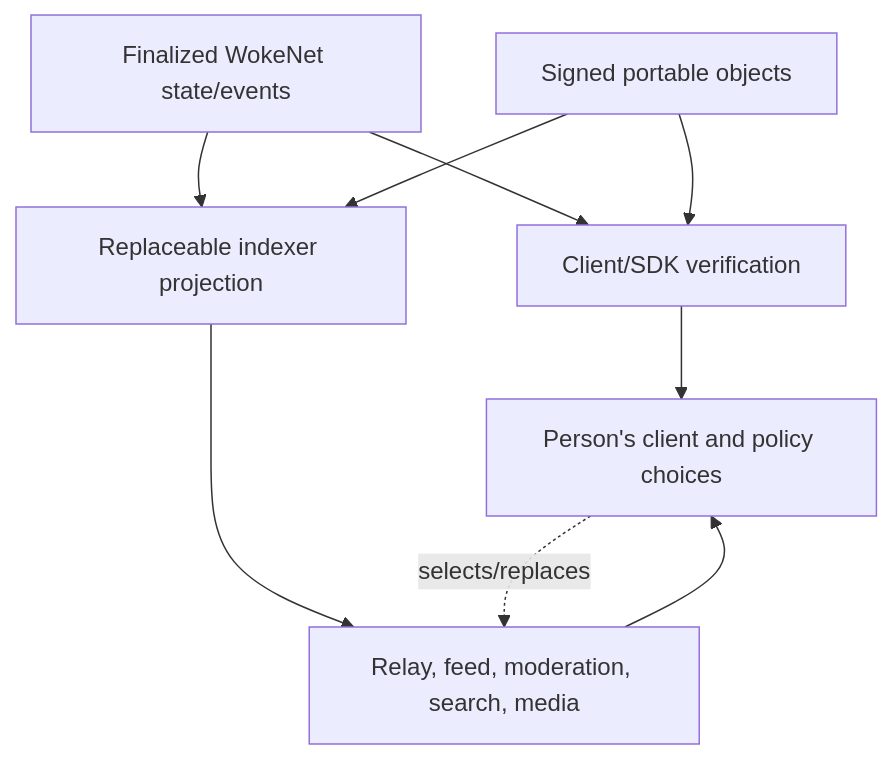
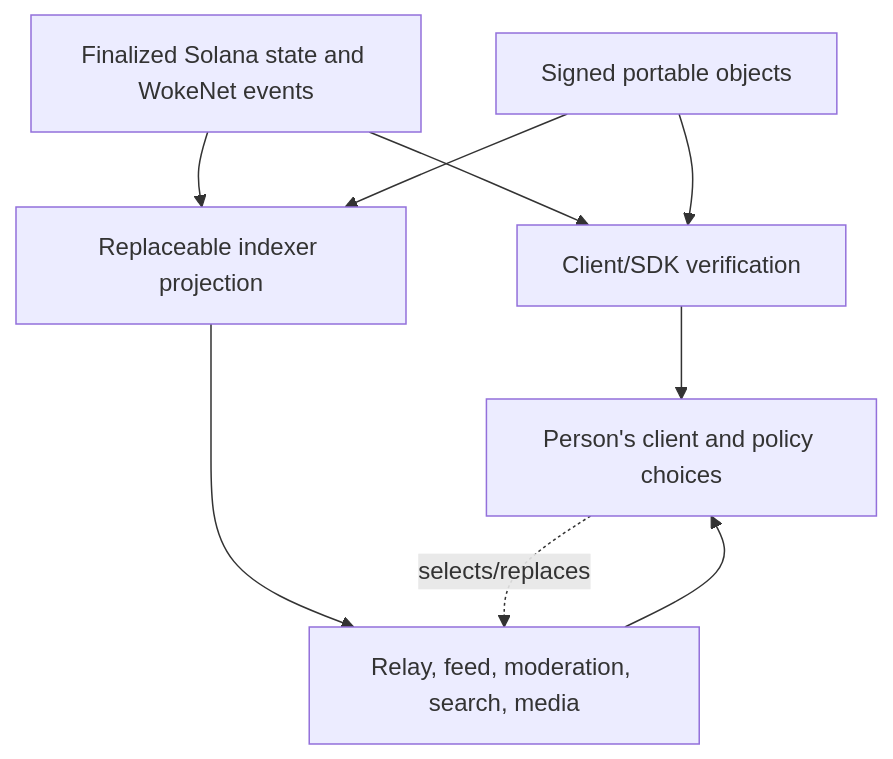
The diagram in docs/DECENTRALIZATION.md (droolson/wetdrool), drawn with Mermaid before and after one commit. The commit also changed other lines of this file and 163 other files, not shown here.

Commit message:
feat(wokesocial): pivot WokeNet to Solana and add Seeker client

````diff
--- a/docs/DECENTRALIZATION.md
+++ b/docs/DECENTRALIZATION.md
@@ -60,18 +61,18 @@
 ```mermaid
 flowchart TD
-    Ledger["Finalized WokeNet state/events"]
+    Ledger["Finalized Solana state and WokeNet events"]
     Signed["Signed portable objects"]
     Verify["Client/SDK verification"]
     Projection["Replaceable indexer projection"]
     Convenience["Relay, feed, moderation, search, media"]
     Person["Person's client and policy choices"]
 
     Ledger --> Verify
     Signed --> Verify
     Ledger --> Projection
     Signed --> Projection
     Projection --> Convenience
     Convenience --> Person
     Verify --> Person
     Person -. "selects/replaces" .-> Convenience
 ```
````
